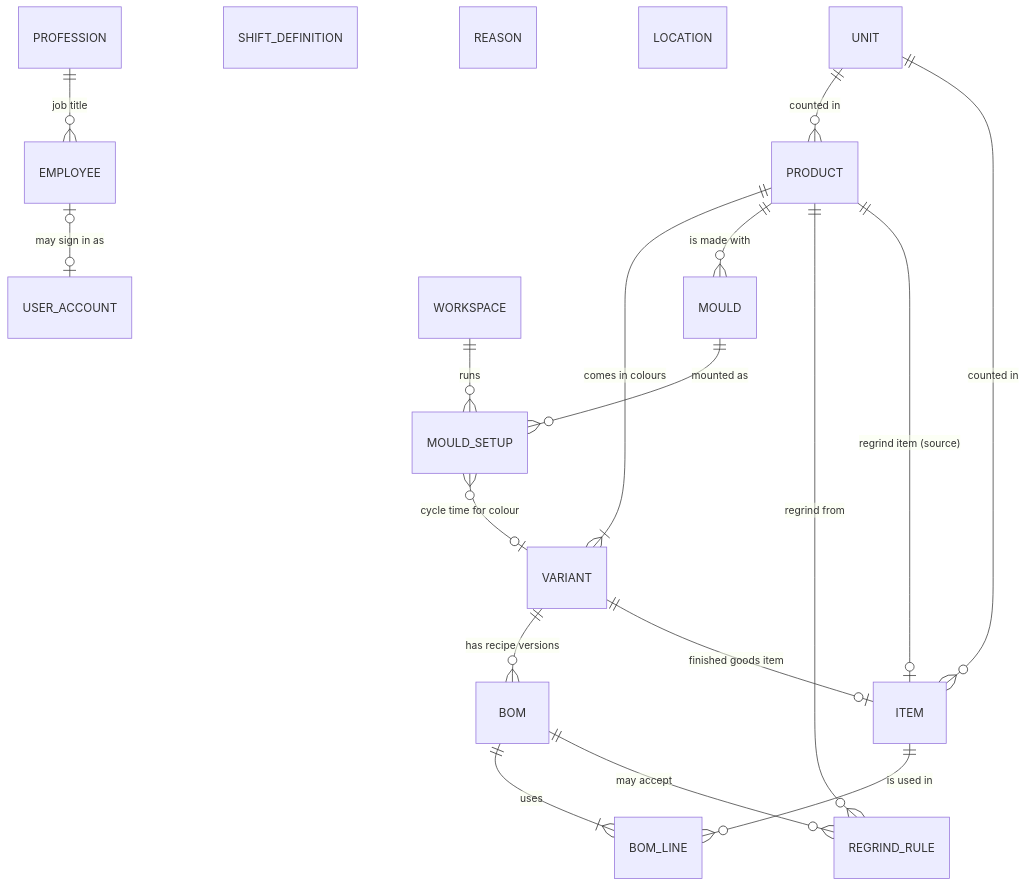
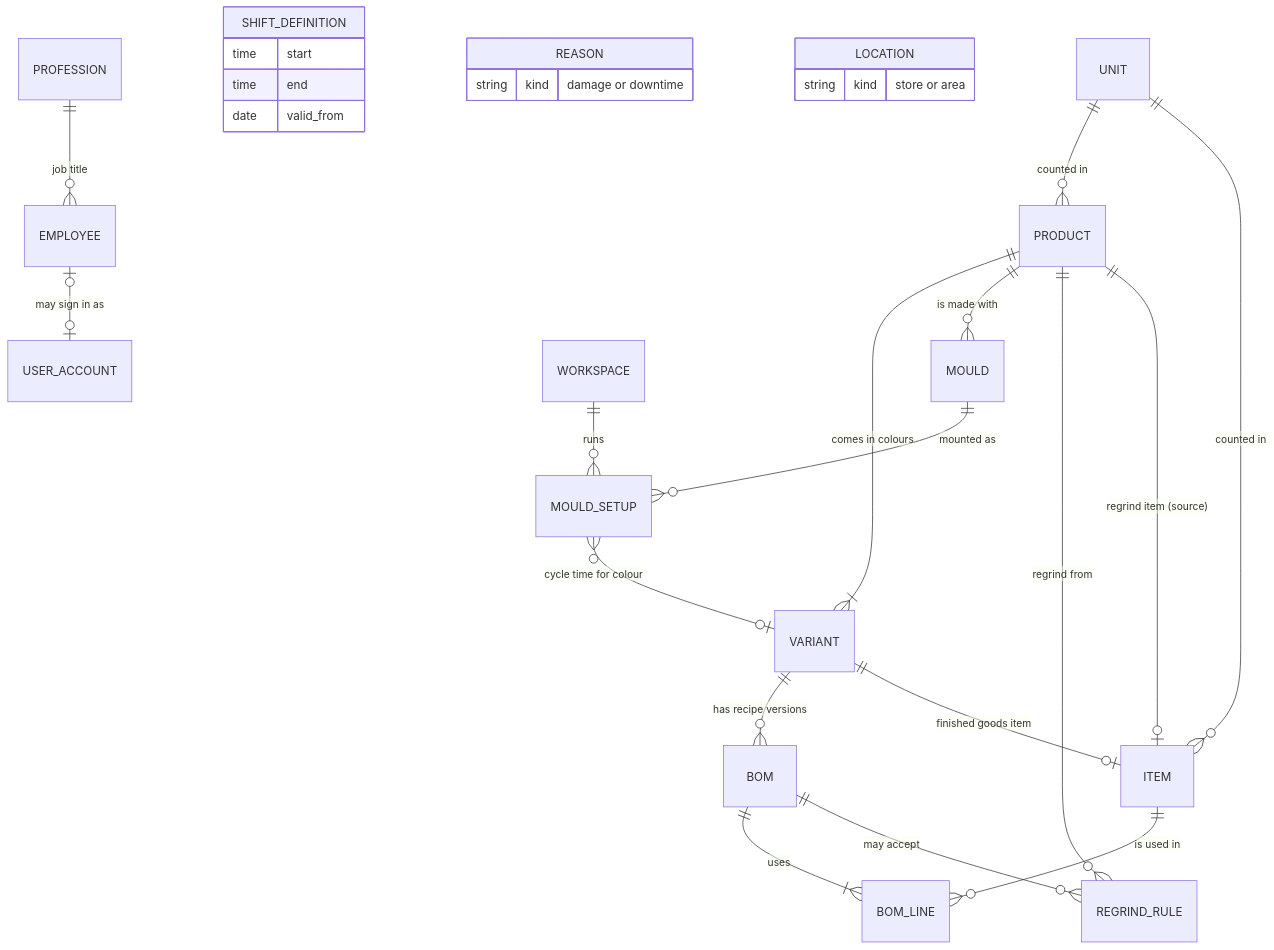
The diagram in docs/master-data-model.md (yadi09/Manufacturing_System), drawn with Mermaid before and after one commit.

Commit message:
Docs: make the data model diagram valid for every Mermaid version

````diff
--- a/docs/master-data-model.md
+++ b/docs/master-data-model.md
@@ -9,22 +9,30 @@
 ```mermaid
 erDiagram
     UNIT ||--o{ PRODUCT : "counted in"
     PRODUCT ||--|{ VARIANT : "comes in colours"
     PRODUCT ||--o{ MOULD : "is made with"
     VARIANT ||--o{ BOM : "has recipe versions"
     BOM ||--|{ BOM_LINE : "uses"
     BOM ||--o{ REGRIND_RULE : "may accept"
     ITEM ||--o{ BOM_LINE : "is used in"
     PRODUCT ||--o{ REGRIND_RULE : "regrind from"
     UNIT ||--o{ ITEM : "counted in"
     VARIANT ||--o| ITEM : "finished goods item"
     PRODUCT ||--o| ITEM : "regrind item (source)"
     WORKSPACE ||--o{ MOULD_SETUP : "runs"
     MOULD ||--o{ MOULD_SETUP : "mounted as"
     MOULD_SETUP }o--o| VARIANT : "cycle time for colour"
-    SHIFT_DEFINITION
-    REASON
-    LOCATION
+    SHIFT_DEFINITION {
+        time start
+        time end
+        date valid_from
+    }
+    REASON {
+        string kind "damage or downtime"
+    }
+    LOCATION {
+        string kind "store or area"
+    }
     PROFESSION ||--o{ EMPLOYEE : "job title"
     EMPLOYEE |o--o| USER_ACCOUNT : "may sign in as"
 ```
````
